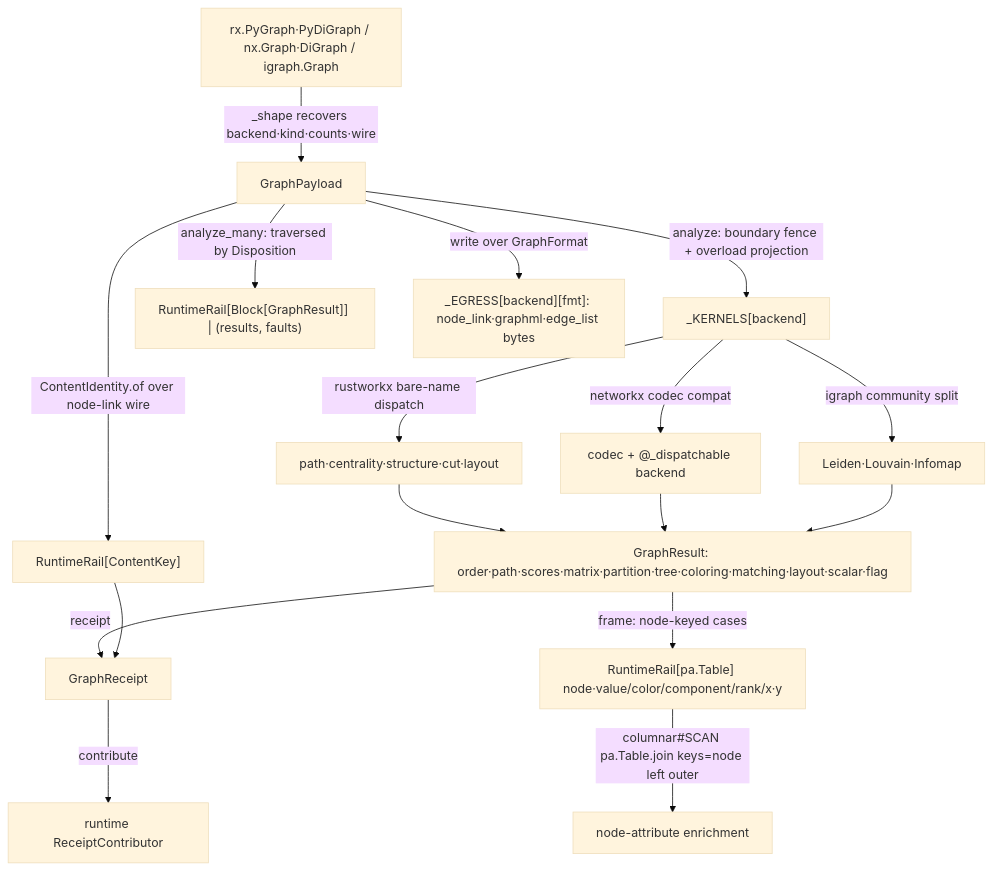
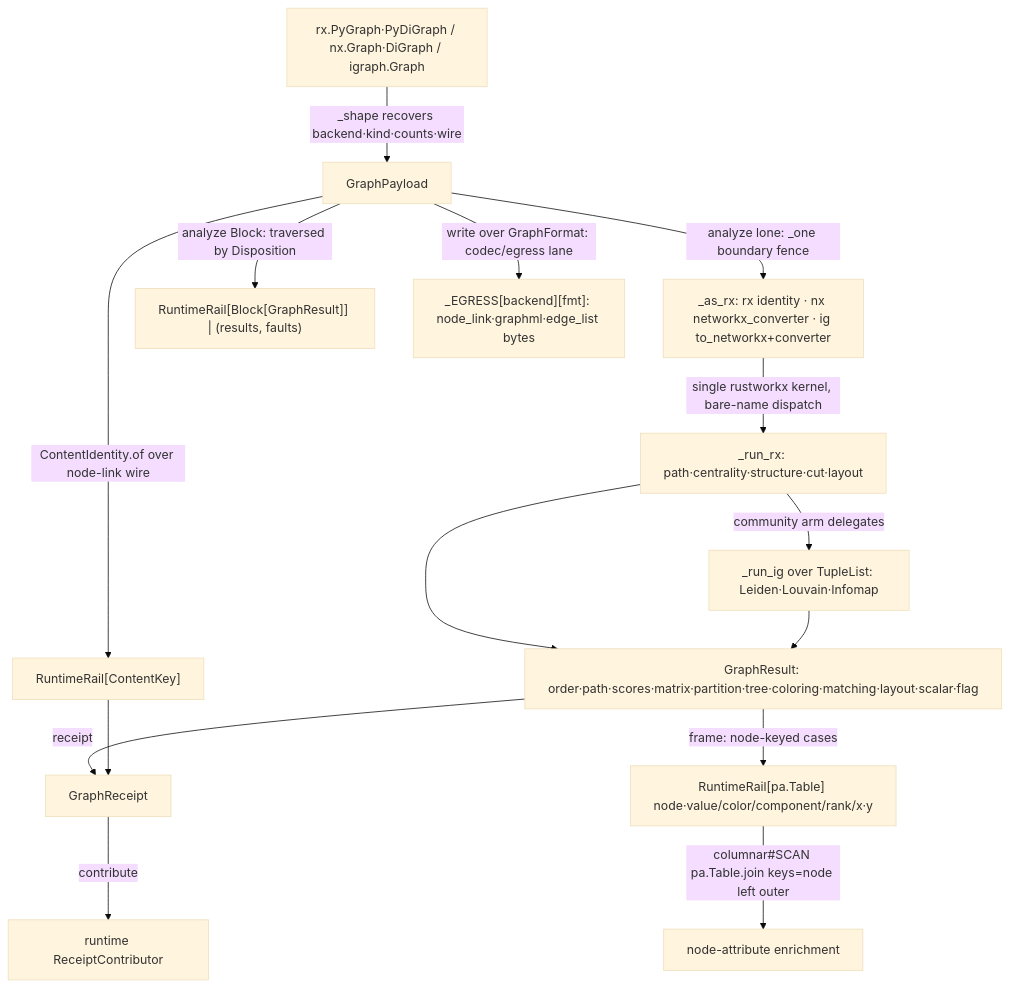
One commit to bsamiee/Rasm changed the diagram in libs/python/data/.planning/graph/graph.md. Above: the diagram before and after it, drawn with Mermaid (base theme). The commit also changed other lines of this file and 34 other files, not shown here.

````diff
--- a/libs/python/data/.planning/graph/graph.md
+++ b/libs/python/data/.planning/graph/graph.md
@@ -486,19 +469,17 @@
 ```mermaid
 flowchart TD
     src["rx.PyGraph·PyDiGraph / nx.Graph·DiGraph / igraph.Graph"] -->|_shape recovers backend·kind·counts·wire| payload["GraphPayload"]
     payload -->|ContentIdentity.of over node-link wire| key["RuntimeRail[ContentKey]"]
-    payload -->|analyze: boundary fence + overload projection| kernel["_KERNELS[backend]"]
-    kernel -->|rustworkx bare-name dispatch| rxk["path·centrality·structure·cut·layout"]
-    kernel -->|networkx codec compat| nxk["codec + @_dispatchable backend"]
-    kernel -->|igraph community split| igk["Leiden·Louvain·Infomap"]
+    payload -->|analyze lone: _one boundary fence| coerce["_as_rx: rx identity · nx networkx_converter · ig to_networkx+converter"]
+    coerce -->|single rustworkx kernel, bare-name dispatch| rxk["_run_rx: path·centrality·structure·cut·layout"]
+    rxk -->|community arm delegates| igk["_run_ig over TupleList: Leiden·Louvain·Infomap"]
     rxk --> result["GraphResult: order·path·scores·matrix·partition·tree·coloring·matching·layout·scalar·flag"]
-    nxk --> result
     igk --> result
-    payload -->|analyze_many: traversed by Disposition| batch["RuntimeRail[Block[GraphResult]] | (results, faults)"]
-    payload -->|write over GraphFormat| egress["_EGRESS[backend][fmt]: node_link·graphml·edge_list bytes"]
+    payload -->|analyze Block: traversed by Disposition| batch["RuntimeRail[Block[GraphResult]] | (results, faults)"]
+    payload -->|write over GraphFormat: codec/egress lane| egress["_EGRESS[backend][fmt]: node_link·graphml·edge_list bytes"]
     result -->|frame: node-keyed cases| node_frame["RuntimeRail[pa.Table] node·value/color/component/rank/x·y"]
     node_frame -->|columnar#SCAN pa.Table.join keys=node left outer| enrich["node-attribute enrichment"]
     result -->|receipt| receipt["GraphReceipt"]
     key --> receipt
     receipt -->|contribute| sink["runtime ReceiptContributor"]
 ```
````
